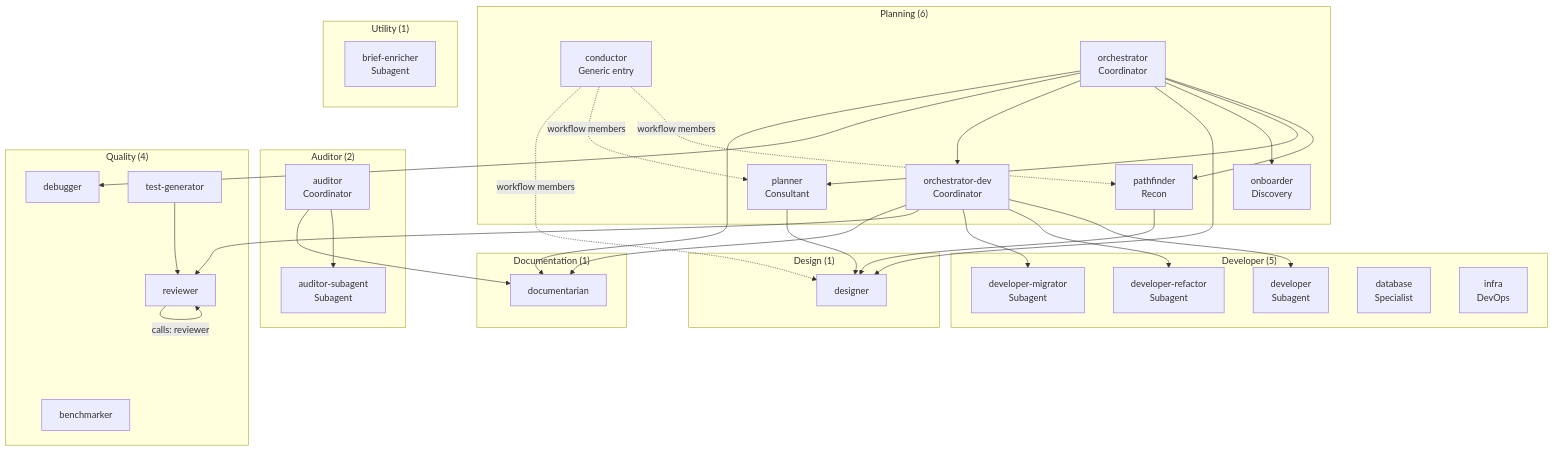
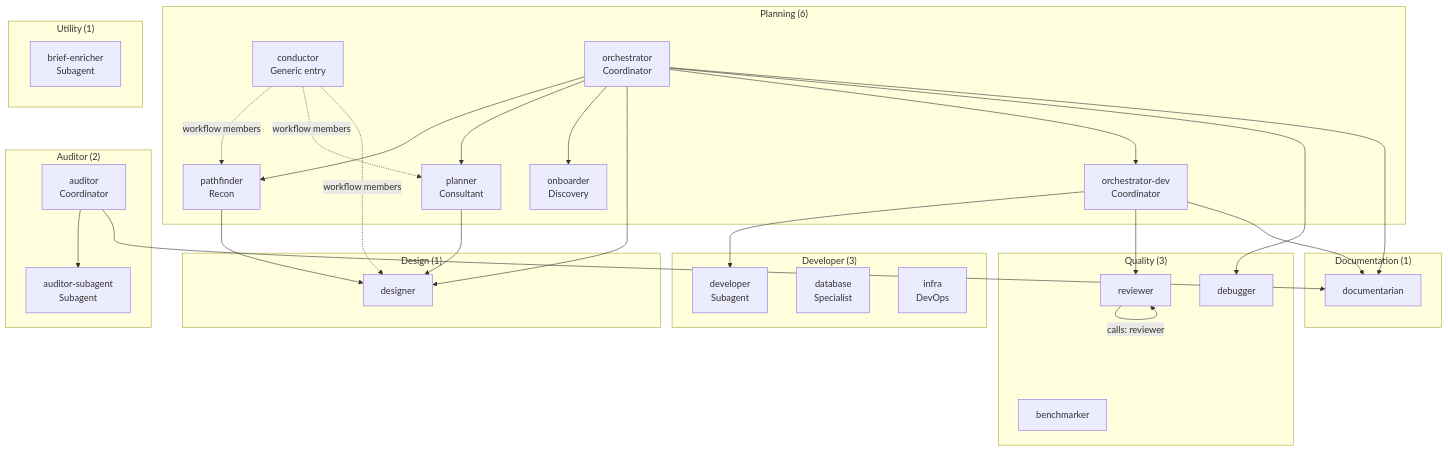
One commit to datichb/openhub changed the diagram in docs/architecture/agents.en.md. Above: the diagram before and after it, drawn with Mermaid. The commit also changed other lines of this file and 25 other files, not shown here.

````diff
--- a/docs/architecture/agents.en.md
+++ b/docs/architecture/agents.en.md
@@ -44,45 +44,41 @@
 ```mermaid
 flowchart TD
     subgraph PL ["Planning (6)"]
         COND["conductor<br/>Generic entry"]
         ORCH["orchestrator<br/>Coordinator"]
         ORCHDEV["orchestrator-dev<br/>Coordinator"]
         PLAN["planner<br/>Consultant"]
         PATH["pathfinder<br/>Recon"]
         ONB["onboarder<br/>Discovery"]
     end
-    subgraph DV ["Developer (5)"]
+    subgraph DV ["Developer (3)"]
         DEV["developer<br/>Subagent"]
-        DEVR["developer-refactor<br/>Subagent"]
-        DEVM["developer-migrator<br/>Subagent"]
         DB["database<br/>Specialist"]
         INFRA["infra<br/>DevOps"]
     end
     subgraph AU ["Auditor (2)"]
         AUD["auditor<br/>Coordinator"]
         AUDS["auditor-subagent<br/>Subagent"]
     end
-    subgraph QU ["Quality (4)"]
+    subgraph QU ["Quality (3)"]
         REV["reviewer"]
         DBG["debugger"]
         BENCH["benchmarker"]
-        TEST["test-generator"]
     end
     subgraph DS ["Design (1)"]
         DES["designer"]
     end
     subgraph DC ["Documentation (1)"]
         DOC["documentarian"]
     end
     subgraph UT ["Utility (1)"]
         BRF["brief-enricher<br/>Subagent"]
     end
     COND -.->|workflow members| PATH & PLAN & DES
     ORCH --> PATH & PLAN & ONB & DES & ORCHDEV & DBG & DOC
-    ORCHDEV --> DEV & DEVR & DEVM & REV & DOC
+    ORCHDEV --> DEV & REV & DOC
     PLAN --> DES
     PATH --> DES
     AUD --> AUDS & DOC
-    TEST --> REV
     REV -->|calls: reviewer| REV
 ```
````
